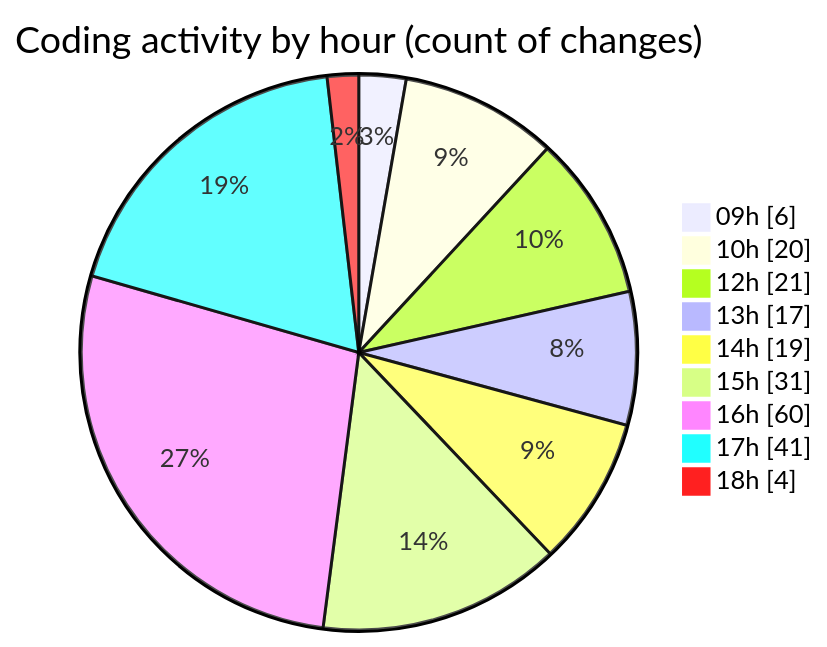
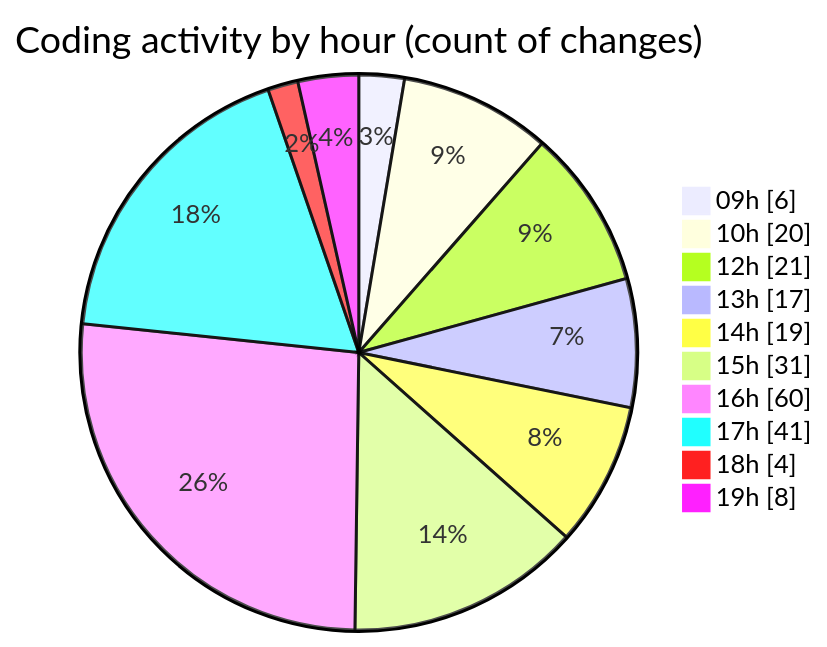
Before and after one commit to becaeroporto-bot/code-tracking: the second of 2 diagrams in 2026-02-18/bot_v1_2/README.md, drawn with Mermaid. The commit also changed other lines of this file and 1 other file, not shown here.

````diff
--- a/2026-02-18/bot_v1_2/README.md
+++ b/2026-02-18/bot_v1_2/README.md
@@ -57,13 +57,14 @@
 ```mermaid
 pie showData
 title Coding activity by hour (count of changes)
 "09h" : 6
 "10h" : 20
 "12h" : 21
 "13h" : 17
 "14h" : 19
 "15h" : 31
 "16h" : 60
 "17h" : 41
 "18h" : 4
+"19h" : 8
 ```
````
